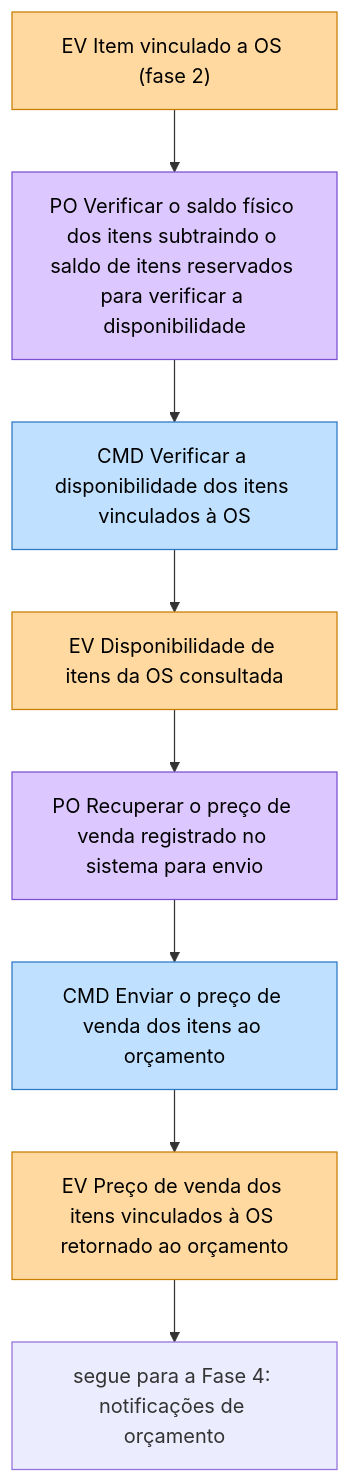
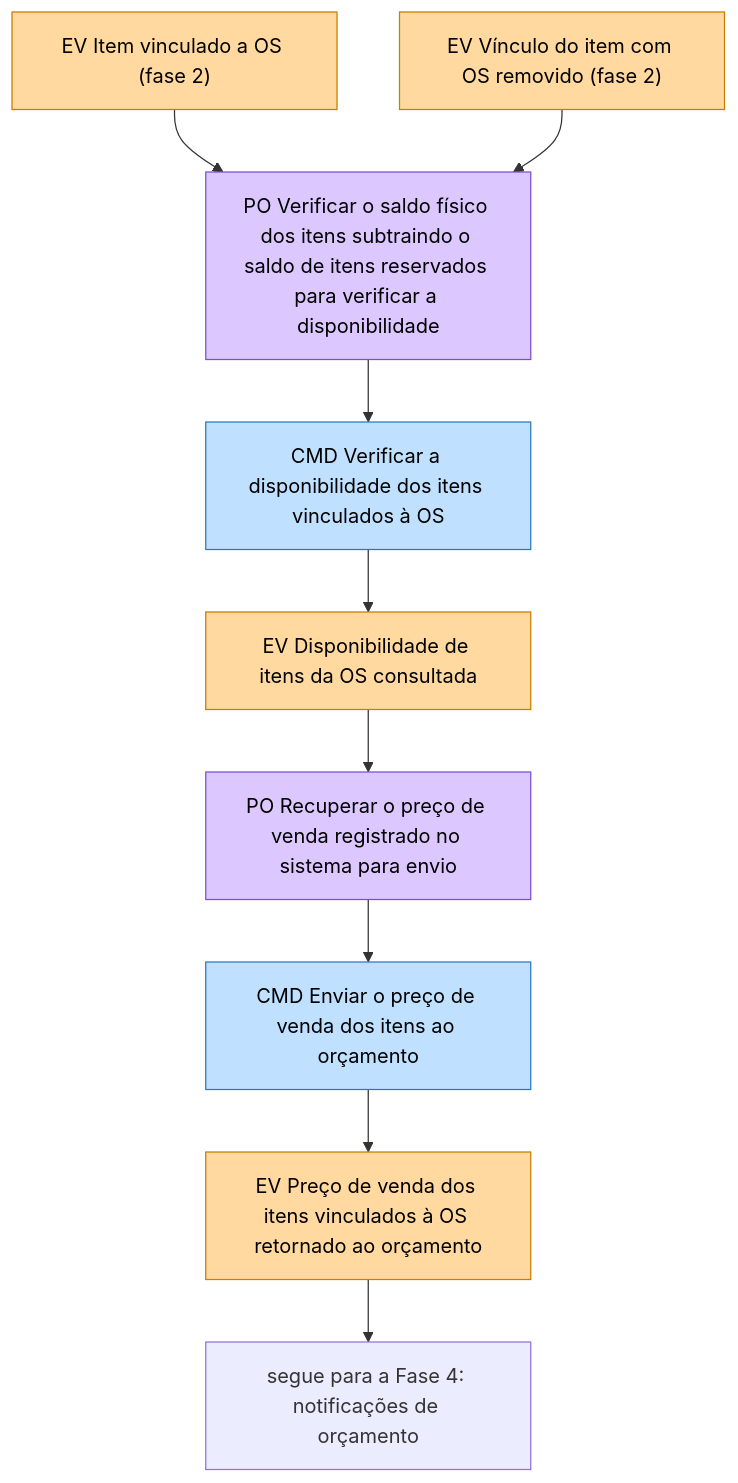
One commit to raffharah/tech-challenge-oficina changed the fourth of 13 diagrams in docs/ddd/event-storming/fluxo-pecas-insumos.md. Above: the diagram before and after it, drawn with Mermaid. The commit also changed other lines of this file and 1 other file, not shown here.

````diff
--- a/docs/ddd/event-storming/fluxo-pecas-insumos.md
+++ b/docs/ddd/event-storming/fluxo-pecas-insumos.md
@@ -125,16 +125,17 @@
 ```mermaid
 flowchart TD
+  E0["EV Item vinculado a OS (fase 2)"] --> P1
+  E1["EV Vínculo do item com OS removido (fase 2)"] --> P1
   P1["PO Verificar o saldo físico dos itens subtraindo o saldo de itens reservados para verificar a disponibilidade"] --> C1["CMD Verificar a disponibilidade dos itens vinculados à OS"]
-  C1 --> E1["EV Disponibilidade de itens da OS consultada"]
-  E1 --> P2["PO Recuperar o preço de venda registrado no sistema para envio"] --> C2["CMD Enviar o preço de venda dos itens ao orçamento"]
-  C2 --> E2["EV Preço de venda dos itens vinculados à OS retornado ao orçamento"]
-  E2 --> F["segue para a Fase 4: notificações de orçamento"]
-  C0["EV Item vinculado a OS (fase 2)"] --> P1
+  C1 --> E2["EV Disponibilidade de itens da OS consultada"]
+  E2 --> P2["PO Recuperar o preço de venda registrado no sistema para envio"] --> C2["CMD Enviar o preço de venda dos itens ao orçamento"]
+  C2 --> E3["EV Preço de venda dos itens vinculados à OS retornado ao orçamento"]
+  E3 --> F["segue para a Fase 4: notificações de orçamento"]
 
   classDef cmd fill:#bfe0ff,stroke:#2b78c2,color:#000
   classDef ev fill:#ffd9a0,stroke:#c77d00,color:#000
   classDef po fill:#dcc8ff,stroke:#7b4fd1,color:#000
   class C1,C2 cmd
-  class C0,E1,E2 ev
+  class E0,E1,E2,E3 ev
   class P1,P2 po
 ```
````
